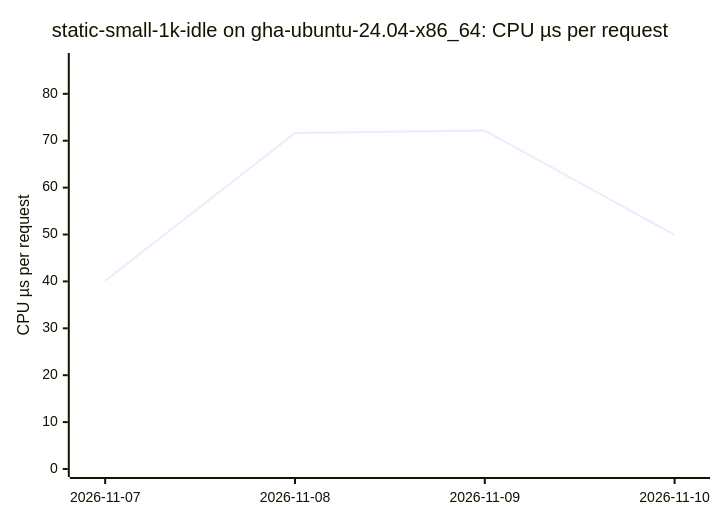
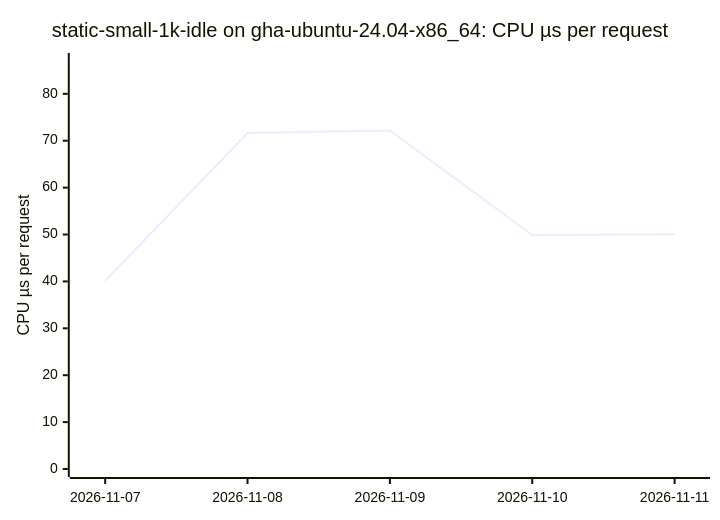
Before and after one commit to ThePixelPilgrim/durchlauferhitzer: the ninth of 18 diagrams in BENCHMARKS.md, drawn with Mermaid. The commit also changed other lines of this file and 1 other file, not shown here.

````diff
--- a/BENCHMARKS.md
+++ b/BENCHMARKS.md
@@ -106,7 +106,7 @@
 ```mermaid
 xychart-beta
   title "static-small-1k-idle on gha-ubuntu-24.04-x86_64: CPU µs per request"
-  x-axis ["2026-11-07", "2026-11-08", "2026-11-09", "2026-11-10"]
+  x-axis ["2026-11-07", "2026-11-08", "2026-11-09", "2026-11-10", "2026-11-11"]
   y-axis "CPU µs per request" 0 --> 87
-  line [40.14, 71.65, 72.17, 49.90]
+  line [40.14, 71.65, 72.17, 49.90, 50.08]
 ```
````
